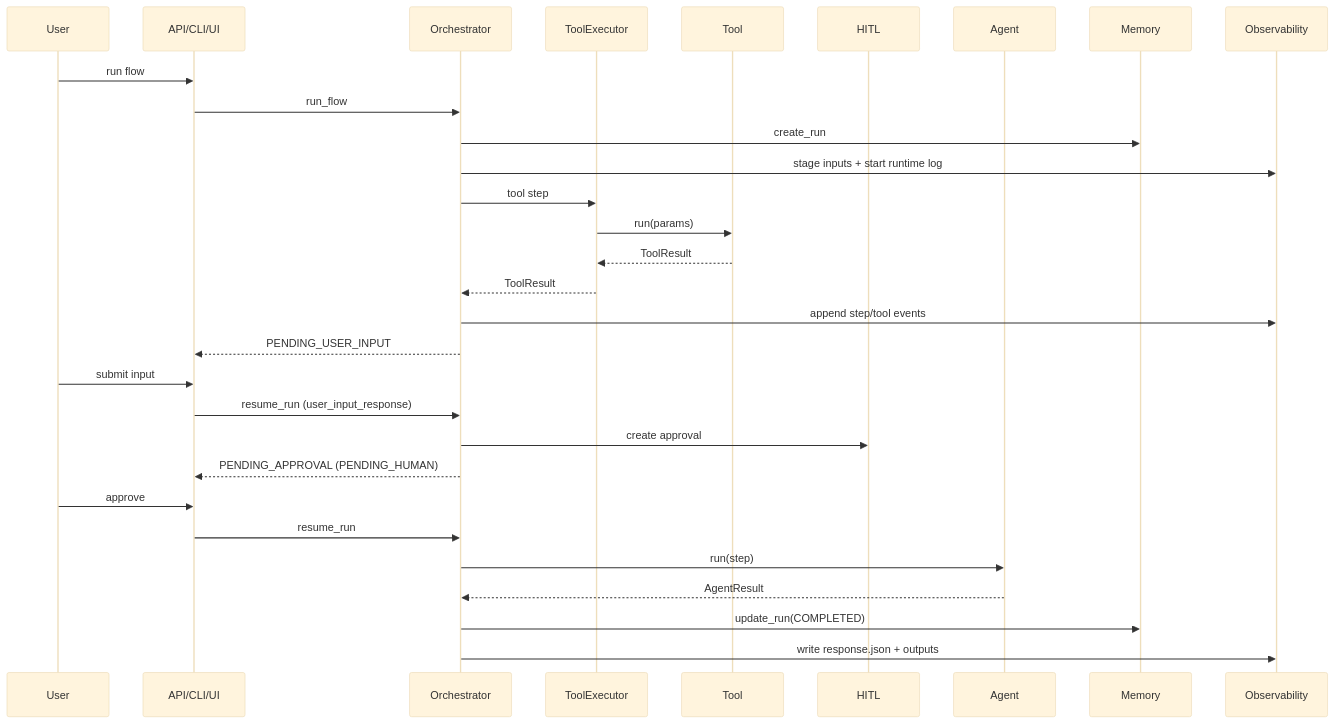
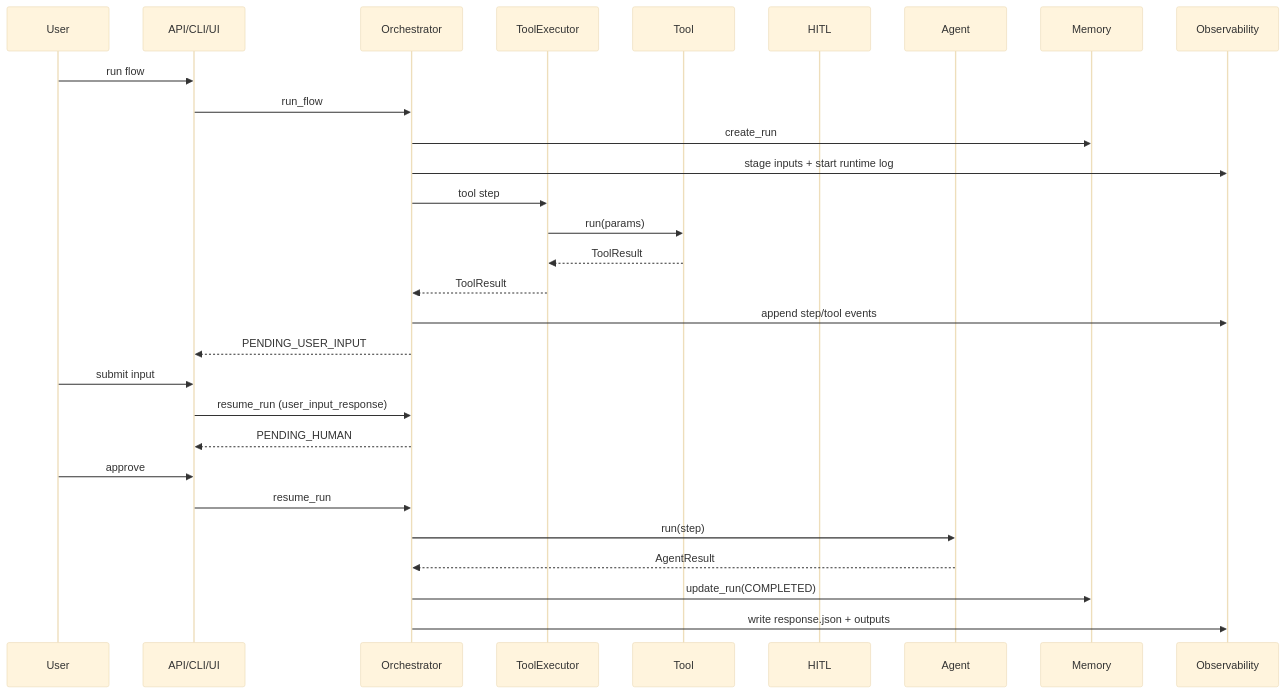
The second of 5 diagrams in docs/overview.md (chethanp11/master), drawn with Mermaid (base theme) before and after one commit. The commit also changed other lines of this file and 19 other files, not shown here.

````diff
--- a/docs/overview.md
+++ b/docs/overview.md
@@ -67,33 +67,32 @@
 ```mermaid
 sequenceDiagram
   participant User
   participant Gateway as API/CLI/UI
   participant Orchestrator
   participant ToolExec as ToolExecutor
   participant Tool
   participant HITL
   participant Agent
   participant Memory
   participant Observability
 
   User->>Gateway: run flow
   Gateway->>Orchestrator: run_flow
   Orchestrator->>Memory: create_run
   Orchestrator->>Observability: stage inputs + start runtime log
   Orchestrator->>ToolExec: tool step
   ToolExec->>Tool: run(params)
   Tool-->>ToolExec: ToolResult
   ToolExec-->>Orchestrator: ToolResult
   Orchestrator->>Observability: append step/tool events
   Orchestrator-->>Gateway: PENDING_USER_INPUT
   User->>Gateway: submit input
   Gateway->>Orchestrator: resume_run (user_input_response)
-  Orchestrator->>HITL: create approval
-  Orchestrator-->>Gateway: PENDING_APPROVAL (PENDING_HUMAN)
+  Orchestrator-->>Gateway: PENDING_HUMAN
   User->>Gateway: approve
   Gateway->>Orchestrator: resume_run
   Orchestrator->>Agent: run(step)
   Agent-->>Orchestrator: AgentResult
   Orchestrator->>Memory: update_run(COMPLETED)
   Orchestrator->>Observability: write response.json + outputs
 ```
````
